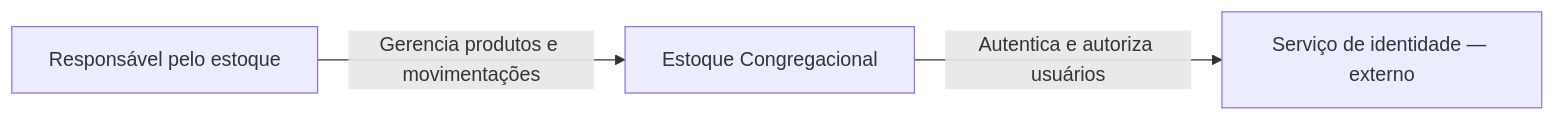
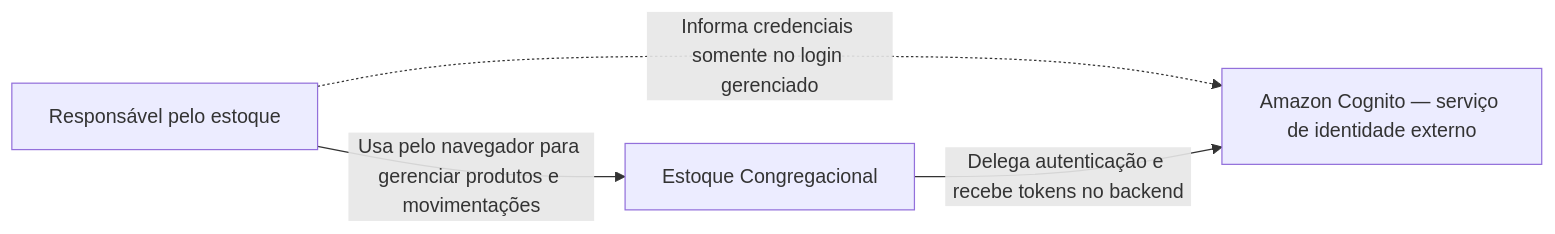
Before and after one commit to TiagoAlves14/estoque-congregacional: the diagram in docs/diagrams/context.mmd, drawn with Mermaid. The commit also changed other lines of this file and 21 other files, not shown here.

```diff
--- a/docs/diagrams/context.mmd
+++ b/docs/diagrams/context.mmd
@@ -1,7 +1,8 @@
 flowchart LR
     responsavel["Responsável pelo estoque"]
     sistema["Estoque Congregacional"]
-    identidade["Serviço de identidade — externo"]
+    identidade["Amazon Cognito — serviço de identidade externo"]
 
-    responsavel -->|Gerencia produtos e movimentações| sistema
-    sistema -->|Autentica e autoriza usuários| identidade
+    responsavel -->|Usa pelo navegador para gerenciar produtos e movimentações| sistema
+    responsavel -.->|Informa credenciais somente no login gerenciado| identidade
+    sistema -->|Delega autenticação e recebe tokens no backend| identidade
```
